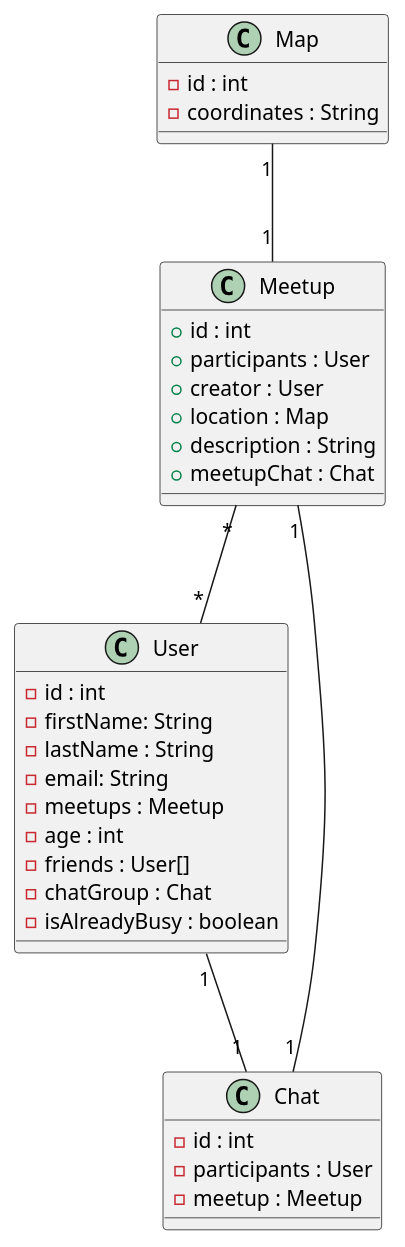
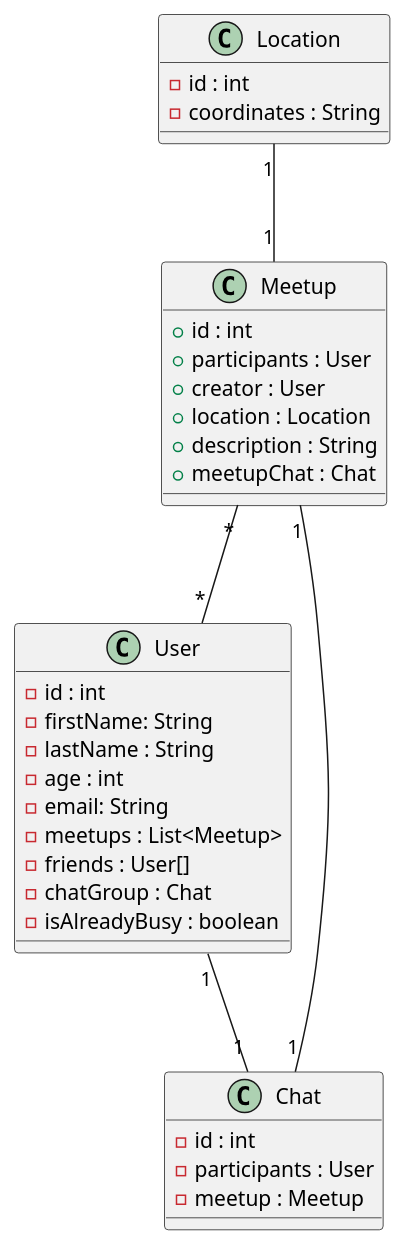
One commit to 2223-3bhif-syp/02-projekte-mopedmeetup changed the diagram in asciidocs/Klassendiagramm.adoc. Above: the diagram before and after it, drawn with PlantUML.

Commit message:
Configured class diagram

```diff
--- a/asciidocs/Klassendiagramm.adoc
+++ b/asciidocs/Klassendiagramm.adoc
@@ -6,37 +6,37 @@
 [plantuml, target=diagram-classes, format=png]
 ....
 class User {
     - id : int
     - firstName: String
     - lastName : String
+    - age : int
     - email: String
-    - meetups : Meetup
-    - age : int
+    - meetups : List<Meetup>
     - friends : User[]
     - chatGroup : Chat
     - isAlreadyBusy : boolean
 }
 class Meetup {
     + id : int
     + participants : User
     + creator : User
-    + location : Map
+    + location : Location
     + description : String
     + meetupChat : Chat
 }
 
-class Map {
+class Location {
     - id : int
     - coordinates : String
 }
 class Chat {
     - id : int
     - participants : User
     - meetup : Meetup
 }
 
 Meetup "*"--"*" User : ""
-Map "1"--"1" Meetup : ""
+Location "1"--"1" Meetup : ""
 Meetup "1"--"1" Chat : ""
 User "1"--"1" Chat : ""
 ....
```
